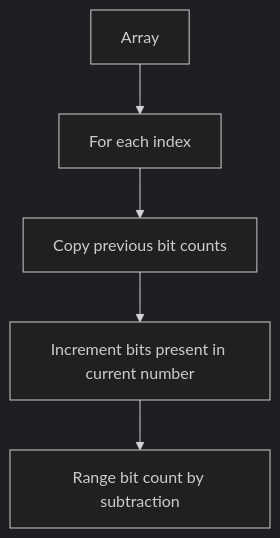
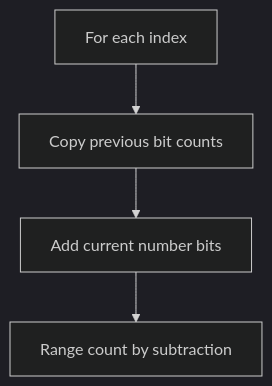
One commit to mthaiseer/springcloud-systemdesign-notes changed diagram 17 of 22 in CP_DSA_NOTES/CONCEPT_FRAMEWORK_FORMS_TATICS/bitwise_playbook.md. Above: the diagram before and after it, drawn with Mermaid (dark theme). The commit also changed other lines of this file, not shown here.

````diff
--- a/CP_DSA_NOTES/CONCEPT_FRAMEWORK_FORMS_TATICS/bitwise_playbook.md
+++ b/CP_DSA_NOTES/CONCEPT_FRAMEWORK_FORMS_TATICS/bitwise_playbook.md
@@ -506,7 +726,6 @@
 ```mermaid
 flowchart TD
-    A["Array"] --> B["For each index"]
-    B --> C["Copy previous bit counts"]
-    C --> D["Increment bits present in current number"]
-    D --> E["Range bit count by subtraction"]
+    A["For each index"] --> B["Copy previous bit counts"]
+    B --> C["Add current number bits"]
+    C --> D["Range count by subtraction"]
 ```
````
